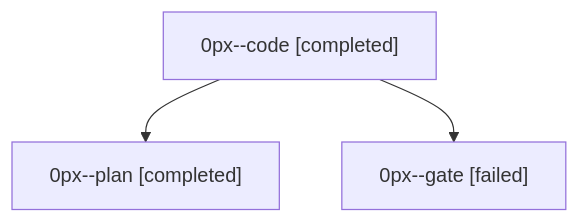
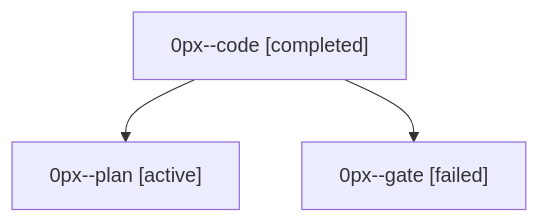
One commit to sase-org/sase--agents changed the diagram in families/bbugyi200.athena.0px.md. Above: the diagram before and after it, drawn with Mermaid. The commit also changed other lines of this file and 35830 other files, not shown here.

````diff
--- a/families/bbugyi200.athena.0px.md
+++ b/families/bbugyi200.athena.0px.md
@@ -9,8 +9,8 @@
 ```mermaid
 flowchart TD
   n0["0px--code [completed]"]
-  n1["0px--plan [completed]"]
+  n1["0px--plan [active]"]
   n0 --> n1
   n2["0px--gate [failed]"]
   n0 --> n2
 ```
````
